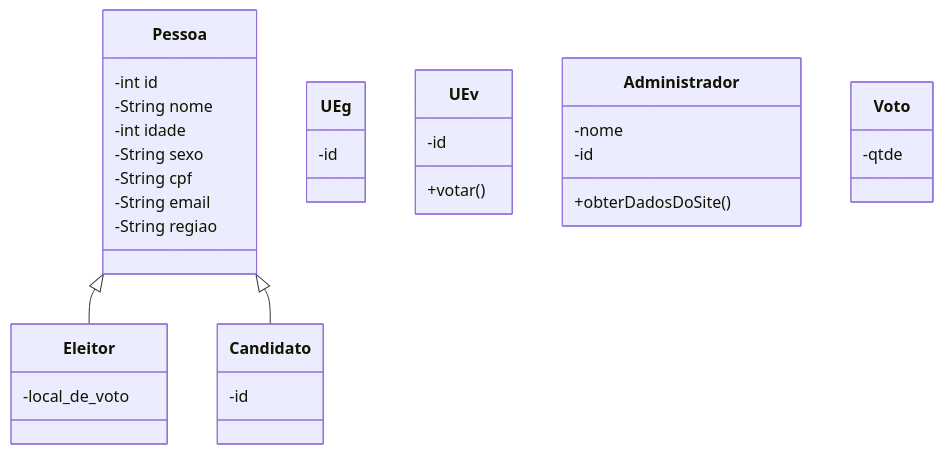
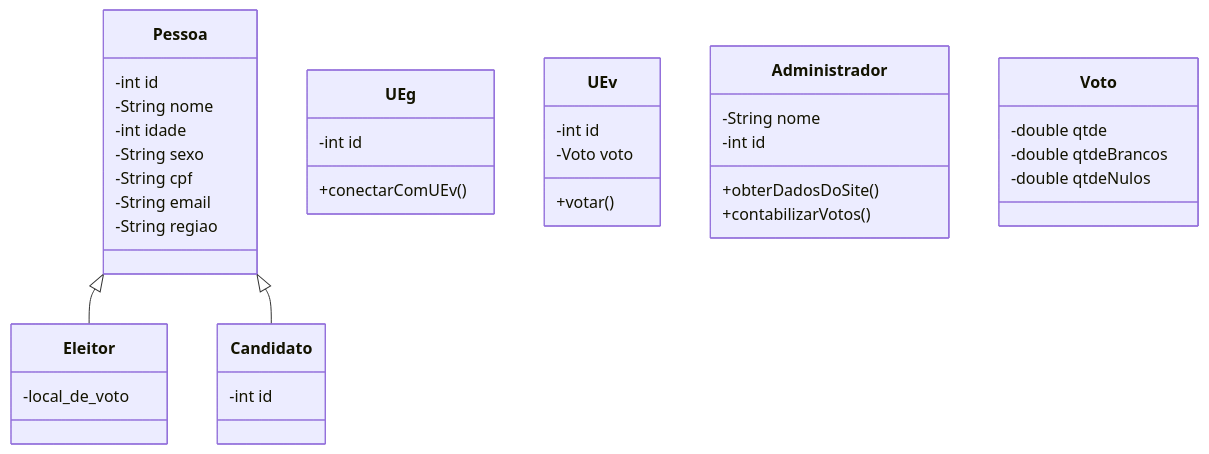
One commit to HenriqueFinatti/Modelagem-De-Software-Orientado-a-Objetos changed the diagram in Diagrama De Classes.md. Above: the diagram before and after it, drawn with Mermaid.

Commit message:
Update Diagrama De Classes.md

````diff
--- a/Diagrama De Classes.md
+++ b/Diagrama De Classes.md
@@ -3,42 +3,44 @@
 ```mermaid
 classDiagram
 Pessoa <|-- Eleitor
 Pessoa <|-- Candidato
 Pessoa: -int id
 Pessoa: -String nome
 Pessoa: -int idade
 Pessoa: -String sexo
 Pessoa: -String cpf
 Pessoa: -String email
 Pessoa: -String regiao
 
 Eleitor: -local_de_voto
 
 class Candidato{
-  -id
+  -int id
 }
 
 class UEg{
-  -id
+  -int id
+  +conectarComUEv()
 }
 
 class UEv{
-  -id
+  -int id
+  -Voto voto
   +votar()
 }
 
 class Administrador{
-  -nome
-  -id
+  -String nome
+  -int id
  +obterDadosDoSite()
+ +contabilizarVotos()
 
 }
 
 class Voto{
-  -qtde
+  -double qtde
+  -double qtdeBrancos
+  -double qtdeNulos
 }
 
-
-
-
 ```
````
